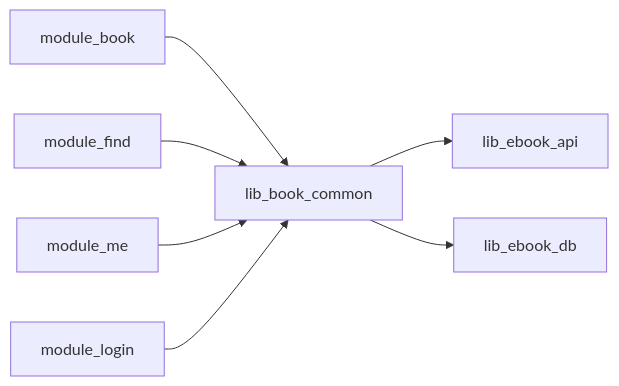
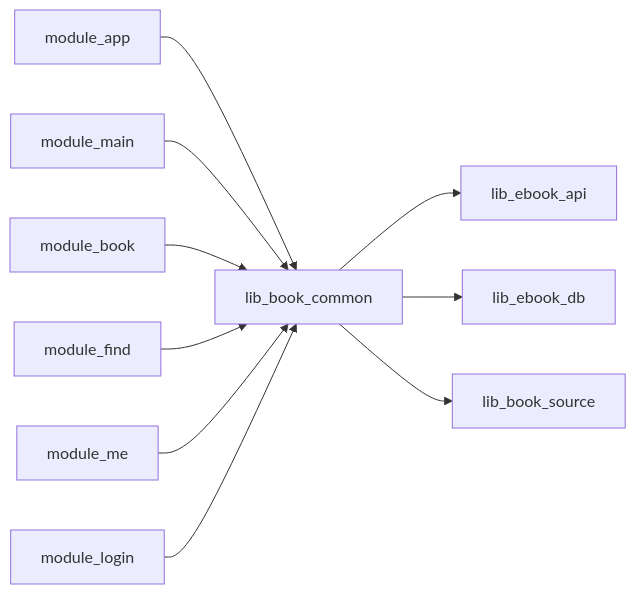
One commit to xrn1997/android-ebook changed the seventh of 7 diagrams in .qoder/repowiki/zh/content/项目概述.md. Above: the diagram before and after it, drawn with Mermaid. The commit also changed other lines of this file and 544 other files, not shown here.

````diff
--- a/.qoder/repowiki/zh/content/项目概述.md
+++ b/.qoder/repowiki/zh/content/项目概述.md
@@ -238,9 +237,13 @@
 ```mermaid
 graph LR
-  BOOK["module_book"] --> COMMON["lib_book_common"]
-  FIND["module_find"] --> COMMON
-  ME["module_me"] --> COMMON
-  LOGIN["module_login"] --> COMMON
-  COMMON --> API["lib_ebook_api"]
-  COMMON --> DB["lib_ebook_db"]
+    MODULE_APP["module_app"] --> LIB_COMMON["lib_book_common"]
+    MODULE_MAIN["module_main"] --> LIB_COMMON
+    MODULE_BOOK["module_book"] --> LIB_COMMON
+    MODULE_FIND["module_find"] --> LIB_COMMON
+    MODULE_ME["module_me"] --> LIB_COMMON
+    MODULE_LOGIN["module_login"] --> LIB_COMMON
+
+    LIB_COMMON --> LIB_API["lib_ebook_api"]
+    LIB_COMMON --> LIB_DB["lib_ebook_db"]
+    LIB_COMMON --> LIB_SOURCE["lib_book_source"]
 ```
````
